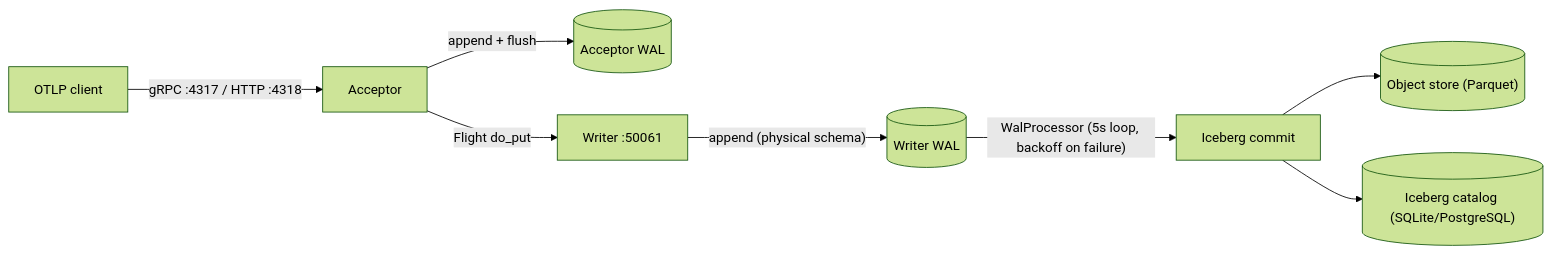
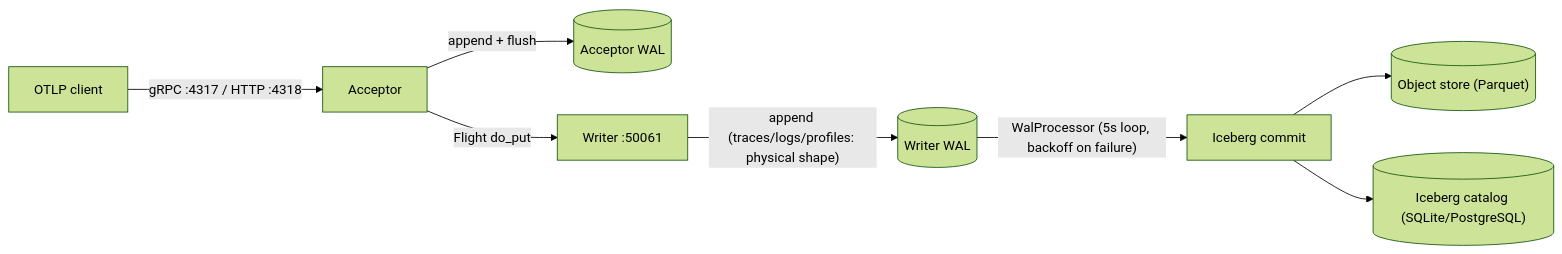
The first of 2 diagrams in docs/architecture/overview.md (cedricziel/signaldb), drawn with Mermaid (forest theme) before and after one commit. The commit also changed other lines of this file and 5 other files, not shown here.

First line of the commit message:
docs(architecture): fix metrics WAL shape, label-column reads, tenant override path and type-authority links

````diff
--- a/docs/architecture/overview.md
+++ b/docs/architecture/overview.md
@@ -120,10 +120,10 @@
 ```mermaid
 flowchart LR
     Client["OTLP client"] -->|"gRPC :4317 / HTTP :4318"| Acceptor
     Acceptor -->|"append + flush"| AWal[("Acceptor WAL")]
     Acceptor -->|"Flight do_put"| Writer["Writer :50061"]
-    Writer -->|"append (physical schema)"| WWal[("Writer WAL")]
+    Writer -->|"append (traces/logs/profiles: physical shape)"| WWal[("Writer WAL")]
     WWal -->|"WalProcessor (5s loop, backoff on failure)"| Iceberg["Iceberg commit"]
     Iceberg --> Store[("Object store (Parquet)")]
     Iceberg --> Cat[("Iceberg catalog (SQLite/PostgreSQL)")]
 ```
````
